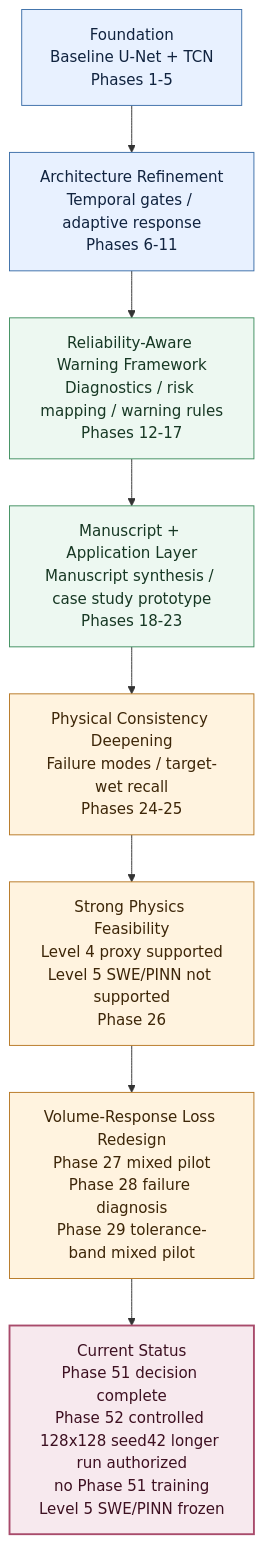
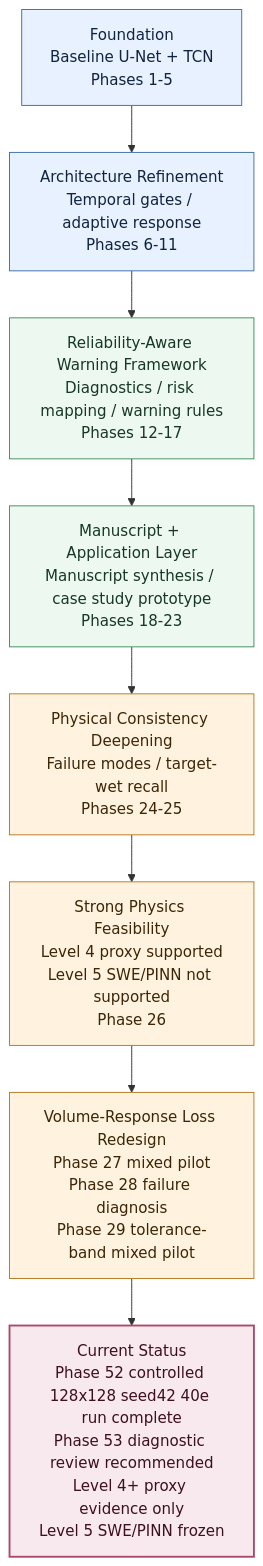
Before and after one commit to HolyLin990604/physics-guided-urban-flood-prediction: the second of 3 diagrams in README.md, drawn with Mermaid. The commit also changed other lines of this file and 2 other files, not shown here.

Commit message:
docs: sync phase52 controlled longer run status

````diff
--- a/README.md
+++ b/README.md
@@ -28,18 +28,18 @@
 ```mermaid
 flowchart TB
     A["Foundation<br/>Baseline U-Net + TCN<br/>Phases 1-5"]:::foundation
     B["Architecture Refinement<br/>Temporal gates / adaptive response<br/>Phases 6-11"]:::foundation
     C["Reliability-Aware Warning Framework<br/>Diagnostics / risk mapping / warning rules<br/>Phases 12-17"]:::reliability
     D["Manuscript + Application Layer<br/>Manuscript synthesis / case study prototype<br/>Phases 18-23"]:::reliability
     E["Physical Consistency Deepening<br/>Failure modes / target-wet recall<br/>Phases 24-25"]:::physics
     F["Strong Physics Feasibility<br/>Level 4 proxy supported<br/>Level 5 SWE/PINN not supported<br/>Phase 26"]:::physics
     G["Volume-Response Loss Redesign<br/>Phase 27 mixed pilot<br/>Phase 28 failure diagnosis<br/>Phase 29 tolerance-band mixed pilot"]:::physics
-    H["Current Status<br/>Phase 51 decision complete<br/>Phase 52 controlled 128x128 seed42 longer run authorized<br/>no Phase 51 training<br/>Level 5 SWE/PINN frozen"]:::current
+    H["Current Status<br/>Phase 52 controlled 128x128 seed42 40e run complete<br/>Phase 53 diagnostic review recommended<br/>Level 4+ proxy evidence only<br/>Level 5 SWE/PINN frozen"]:::current
 
     A --> B --> C --> D --> E --> F --> G --> H
 
     classDef foundation fill:#e8f1ff,stroke:#3b6ea8,stroke-width:1px,color:#10233f
     classDef reliability fill:#edf8f1,stroke:#3f8f5f,stroke-width:1px,color:#173824
     classDef physics fill:#fff3df,stroke:#b77722,stroke-width:1px,color:#3d2608
     classDef current fill:#f7e9ee,stroke:#a84b6b,stroke-width:2px,color:#3d1021
 ```
````
